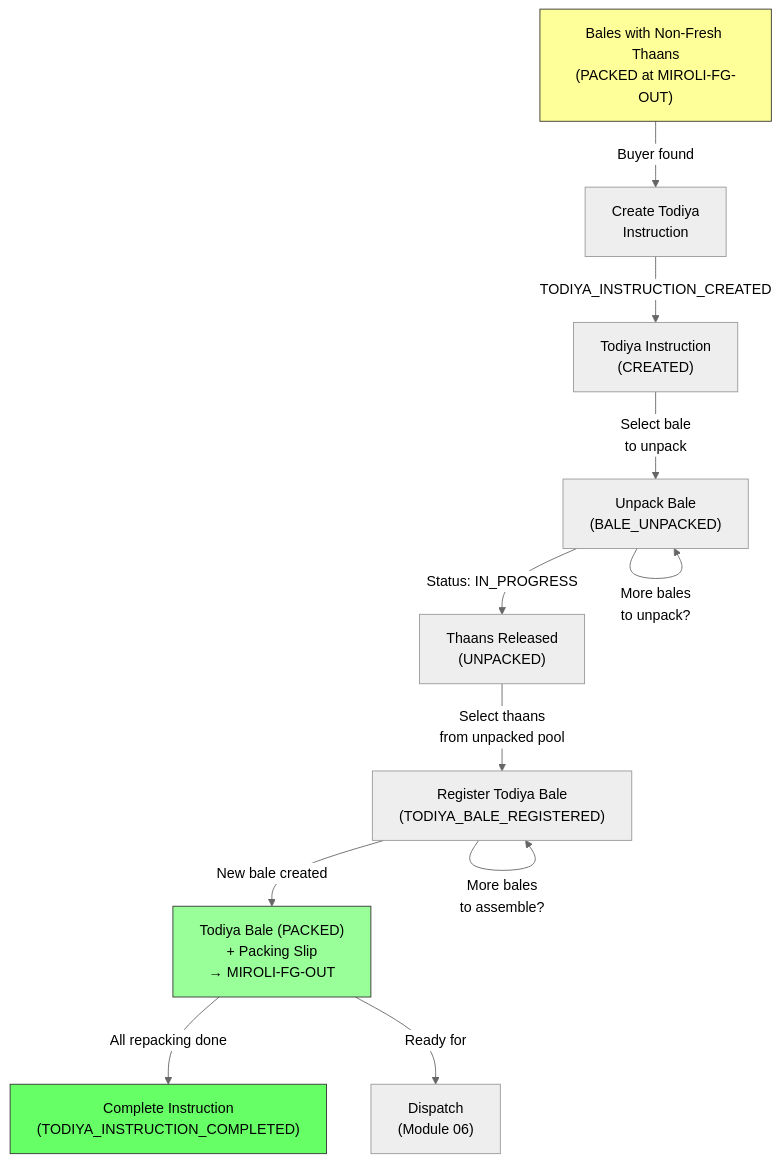
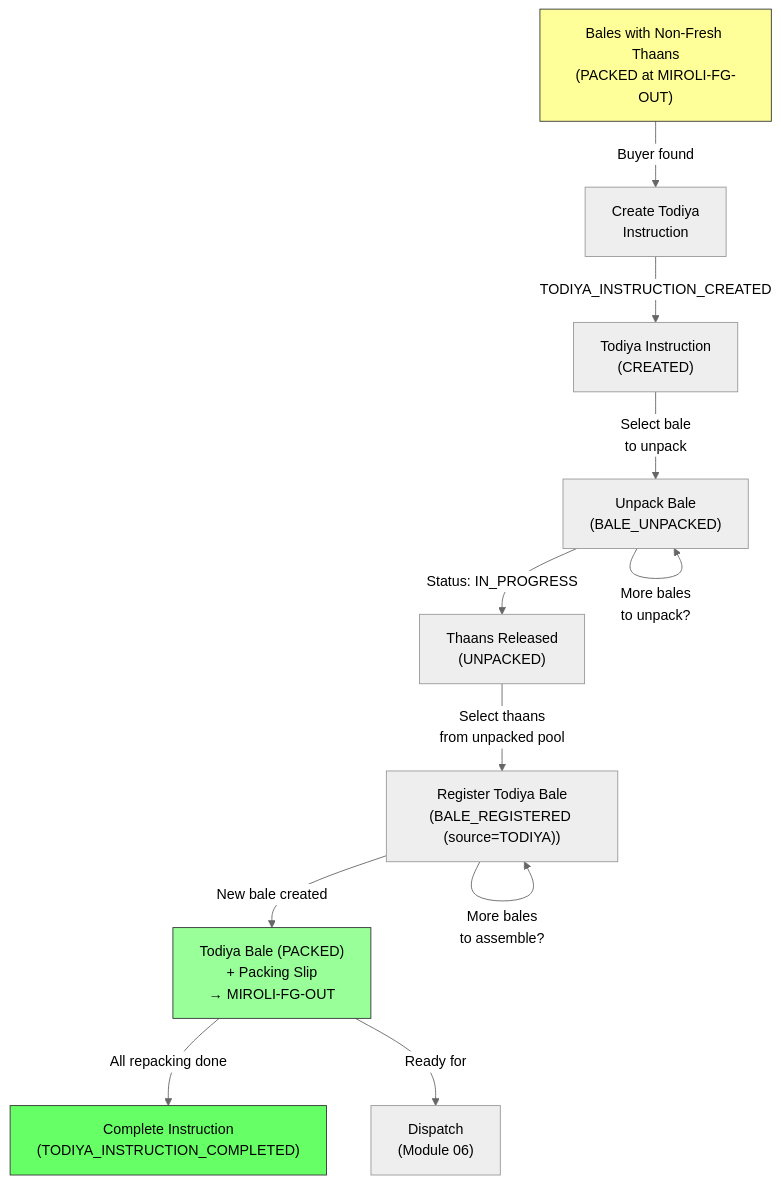
One commit to jetbrodocs/docs-rg-faith changed the diagram in 40-solution-design/rg-faith-miroli/07-todiya.md. Above: the diagram before and after it, drawn with Mermaid (neutral theme). The commit also changed other lines of this file and 7 other files, not shown here.

````diff
--- a/40-solution-design/rg-faith-miroli/07-todiya.md
+++ b/40-solution-design/rg-faith-miroli/07-todiya.md
@@ -402,17 +403,17 @@
 ```mermaid
 flowchart TD
     A["Bales with Non-Fresh Thaans\n(PACKED at MIROLI-FG-OUT)"] -->|"Buyer found"| B["Create Todiya\nInstruction"]
     B -->|"TODIYA_INSTRUCTION_CREATED"| C["Todiya Instruction\n(CREATED)"]
     C -->|"Select bale\nto unpack"| D["Unpack Bale\n(BALE_UNPACKED)"]
     D -->|"Status: IN_PROGRESS"| E["Thaans Released\n(UNPACKED)"]
     D -->|"More bales\nto unpack?"| D
-    E -->|"Select thaans\nfrom unpacked pool"| F["Register Todiya Bale\n(TODIYA_BALE_REGISTERED)"]
+    E -->|"Select thaans\nfrom unpacked pool"| F["Register Todiya Bale\n(BALE_REGISTERED (source=TODIYA))"]
     F -->|"New bale created"| G["Todiya Bale (PACKED)\n+ Packing Slip\n→ MIROLI-FG-OUT"]
     F -->|"More bales\nto assemble?"| F
     G -->|"All repacking done"| H["Complete Instruction\n(TODIYA_INSTRUCTION_COMPLETED)"]
     G -->|"Ready for"| I["Dispatch\n(Module 06)"]
 
     style H fill:#6f6,stroke:#333
     style A fill:#ff9,stroke:#333
     style G fill:#9f9,stroke:#333
 ```
````
